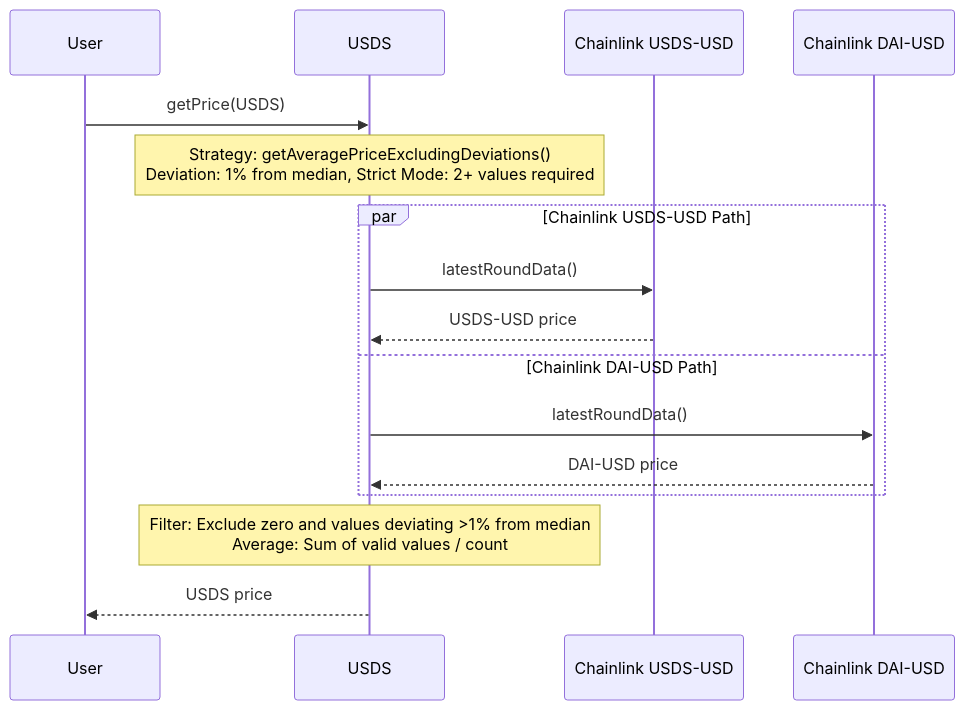
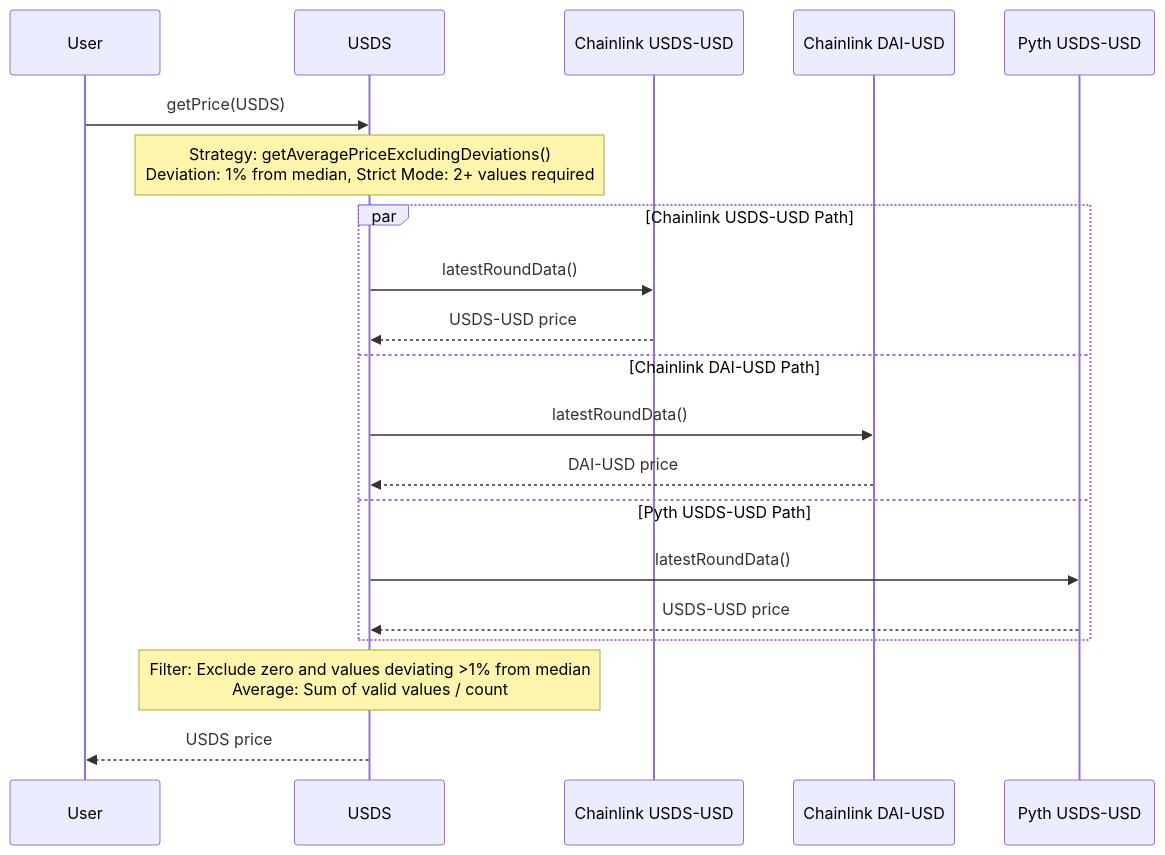
One commit to OlympusDAO/olympus-v3 changed the second of 3 diagrams in documentation/price.md. Above: the diagram before and after it, drawn with Mermaid. The commit also changed other lines of this file and 2 other files, not shown here.

Commit message:
fix: add Pyth USDS-USD feed, improve asset configuration documentation

````diff
--- a/documentation/price.md
+++ b/documentation/price.md
@@ -78,22 +129,26 @@
 ```mermaid
 sequenceDiagram
     participant User
     participant USDS
     participant CL_USDS as Chainlink USDS-USD
     participant CL_DAI as Chainlink DAI-USD
+    participant Pyth_USDS as Pyth USDS-USD
 
     User->>USDS: getPrice(USDS)
 
     Note over USDS: Strategy: getAveragePriceExcludingDeviations()<br/>Deviation: 1% from median, Strict Mode: 2+ values required
 
     par Chainlink USDS-USD Path
         USDS->>CL_USDS: latestRoundData()
         CL_USDS-->>USDS: USDS-USD price
     and Chainlink DAI-USD Path
         USDS->>CL_DAI: latestRoundData()
         CL_DAI-->>USDS: DAI-USD price
+    and Pyth USDS-USD Path
+        USDS->>Pyth_USDS: latestRoundData()
+        Pyth_USDS-->>USDS: USDS-USD price
     end
 
     Note over USDS: Filter: Exclude zero and values deviating >1% from median<br/>Average: Sum of valid values / count
     USDS-->>User: USDS price
 ```
````
